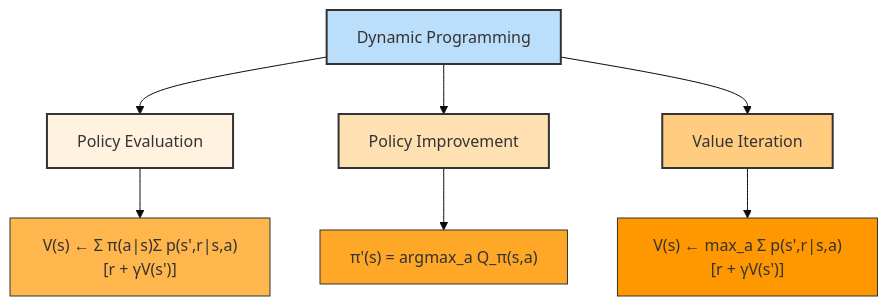
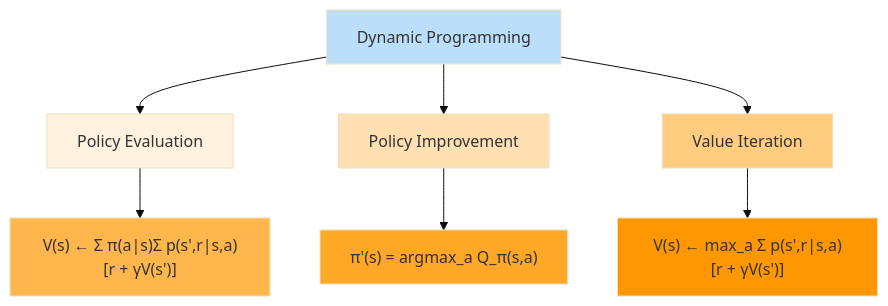
One commit to Chaklader/DPRL-Value-based-methods changed the second of 5 diagrams in C_2.md. Above: the diagram before and after it, drawn with Mermaid (base theme). The commit also changed other lines of this file, not shown here.

````diff
--- a/C_2.md
+++ b/C_2.md
@@ -65,18 +454,18 @@
 ```mermaid
 graph TD
     B["Dynamic Programming"] --> E["Policy Evaluation"]
     B --> F["Policy Improvement"]
     B --> G["Value Iteration"]
 
     E --> O["V(s) ← Σ π(a|s)Σ p(s',r|s,a)[r + γV(s')]"]
     F --> P["π'(s) = argmax_a Q_π(s,a)"]
     G --> Q["V(s) ← max_a Σ p(s',r|s,a)[r + γV(s')]"]
 
-    style B fill:#BBDEFB,stroke:#333,stroke-width:2px
-    style E fill:#FFF3E0,stroke:#333,stroke-width:2px
-    style F fill:#FFE0B2,stroke:#333,stroke-width:2px
-    style G fill:#FFCC80,stroke:#333,stroke-width:2px
-    style O fill:#FFB74D,stroke:#333,stroke-width:1px
-    style P fill:#FFA726,stroke:#333,stroke-width:1px
-    style Q fill:#FF9800,stroke:#333,stroke-width:1px
+    style B fill:#BBDEFB
+    style E fill:#FFF3E0
+    style F fill:#FFE0B2
+    style G fill:#FFCC80
+    style O fill:#FFB74D
+    style P fill:#FFA726
+    style Q fill:#FF9800
 ```
````
